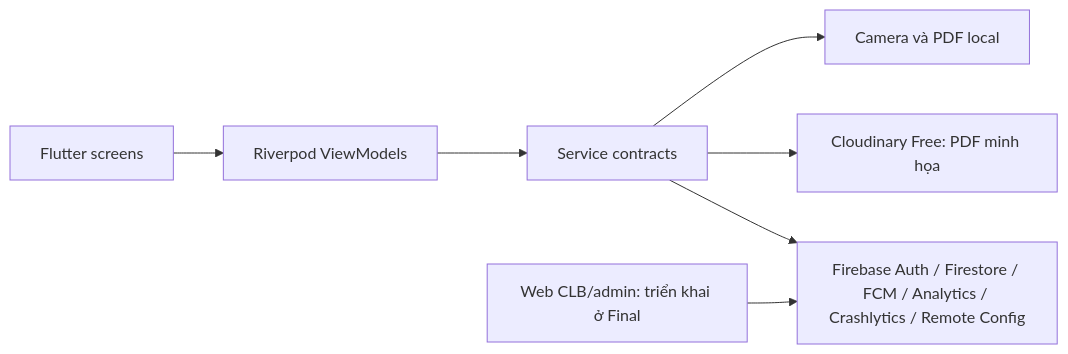
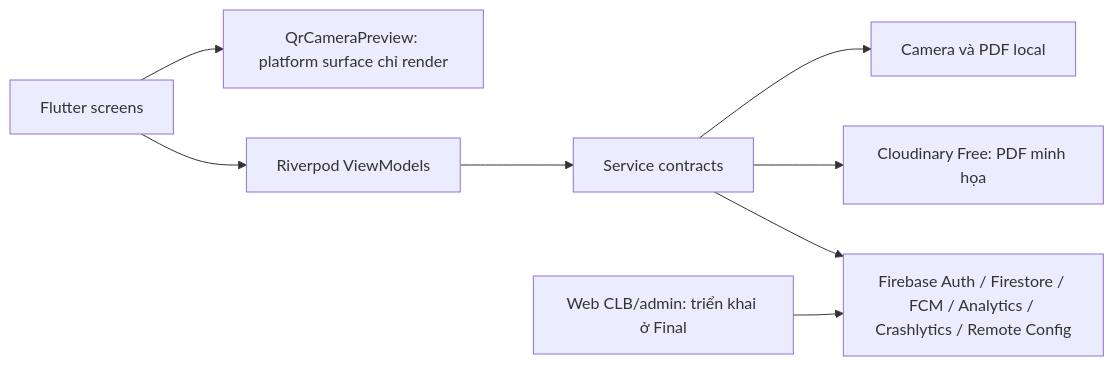
The first of 2 diagrams in docs/architecture.md (Artoriaaas/PRM393_ASM_Group4), drawn with Mermaid before and after one commit. The commit also changed other lines of this file and 9 other files, not shown here.

````diff
--- a/docs/architecture.md
+++ b/docs/architecture.md
@@ -7,9 +7,10 @@
 ```mermaid
 flowchart LR
   UI[Flutter screens] --> VM[Riverpod ViewModels]
   VM --> I[Service contracts]
   I --> F[Firebase Auth / Firestore / FCM / Analytics / Crashlytics / Remote Config]
   I --> C[Cloudinary Free: PDF minh họa]
   I --> D[Camera và PDF local]
+  UI --> P[QrCameraPreview: platform surface chỉ render]
   W[Web CLB/admin: triển khai ở Final] --> F
 ```
````
